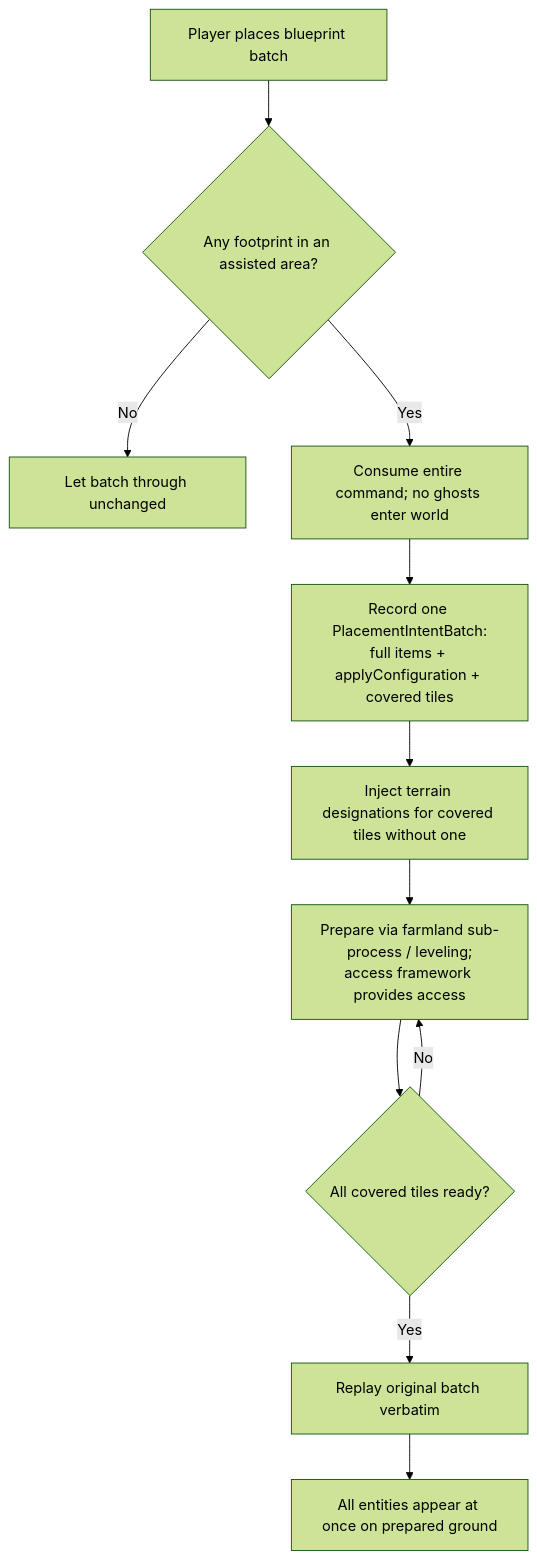
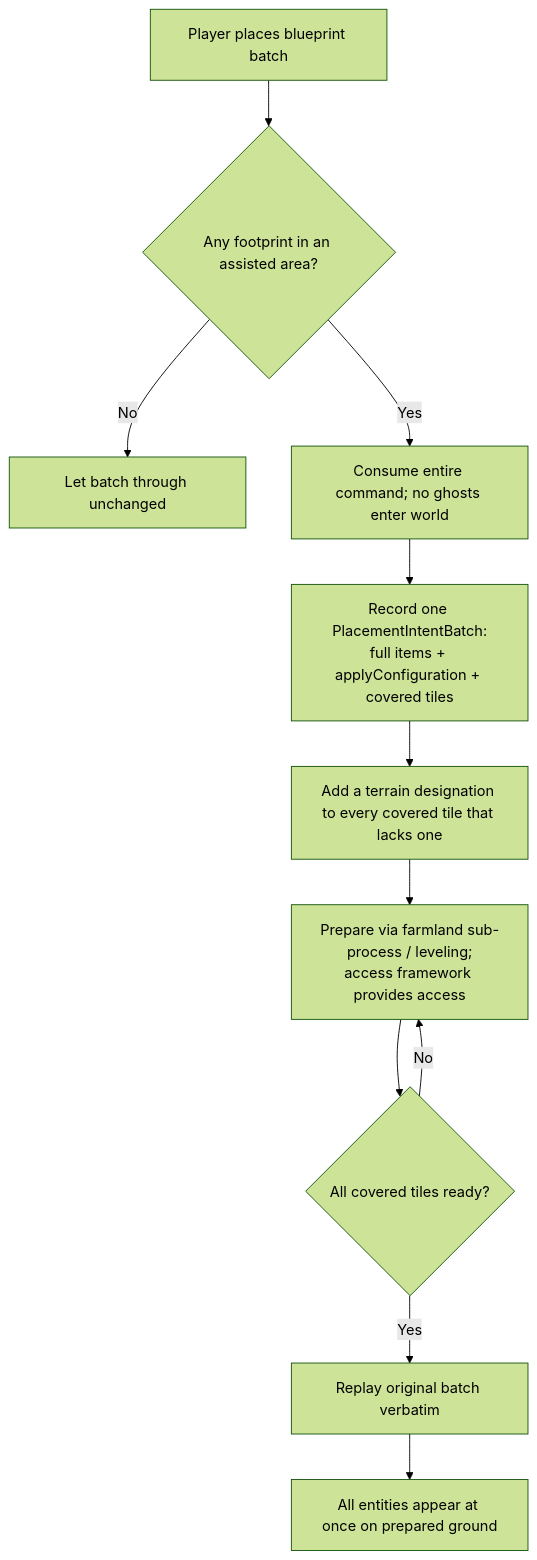
One commit to cabadam/CoI_AutoTerrainDesignations changed the diagram in docs/dev/in-progress/construction-assist.md. Above: the diagram before and after it, drawn with Mermaid (forest theme). The commit also changed other lines of this file and 1 other file, not shown here.

Commit message:
docs: unwrap construction-assist prose, fix false farm-tile-size claim, clarify cancellation control

````diff
--- a/docs/dev/in-progress/construction-assist.md
+++ b/docs/dev/in-progress/construction-assist.md
@@ -84,13 +51,13 @@
 ```mermaid
 flowchart TD
     Place[Player places blueprint batch] --> Intercept{Any footprint in an assisted area?}
     Intercept -- No --> Vanilla[Let batch through unchanged]
     Intercept -- Yes --> Consume[Consume entire command; no ghosts enter world]
     Consume --> Record[Record one PlacementIntentBatch:<br/>full items + applyConfiguration + covered tiles]
-    Record --> Inject[Inject terrain designations for covered tiles without one]
+    Record --> Inject[Add a terrain designation to every covered tile that lacks one]
     Inject --> Prepare[Prepare via farmland sub-process / leveling;<br/>access framework provides access]
     Prepare --> Ready{All covered tiles ready?}
     Ready -- No --> Prepare
     Ready -- Yes --> Replay[Replay original batch verbatim]
     Replay --> Done[All entities appear at once on prepared ground]
 ```
````
